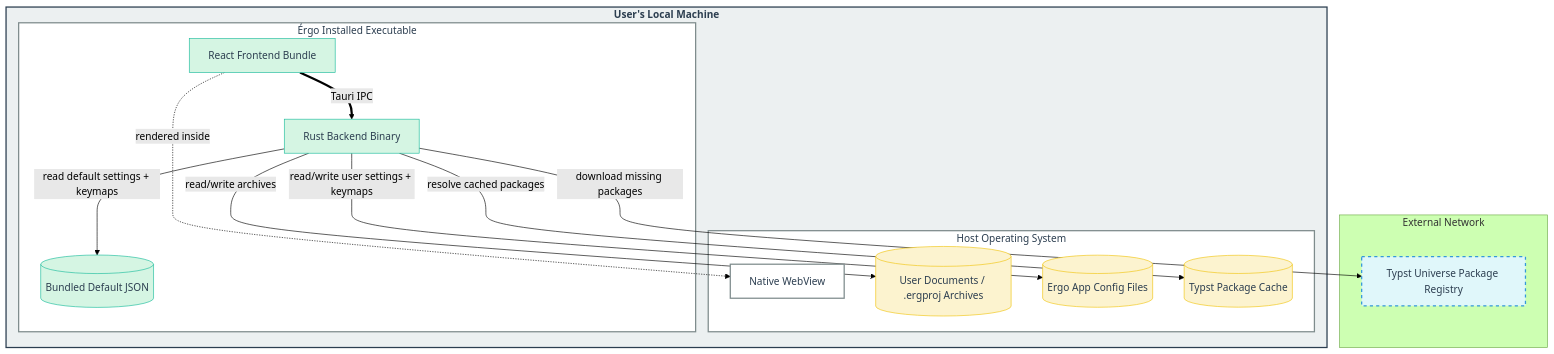
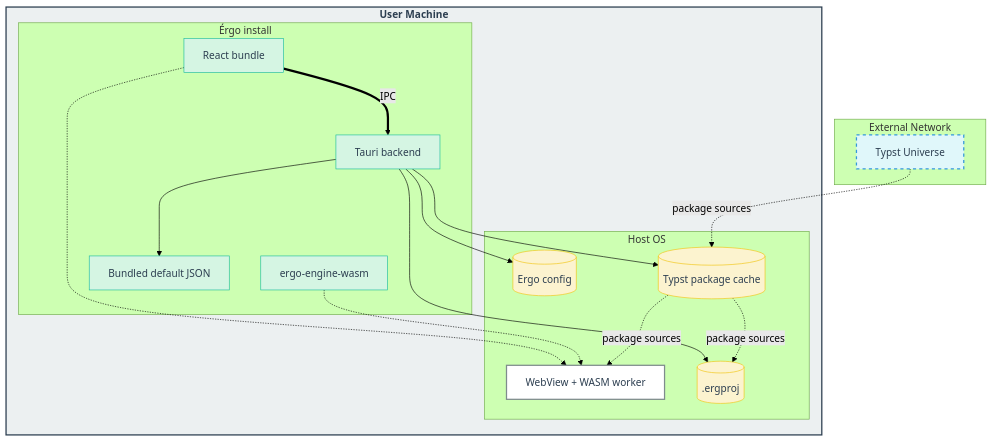
Before and after one commit to andmoreduro/ergo: the diagram in context/distribution-diagram.md, drawn with Mermaid (forest theme). The commit also changed other lines of this file and 13 other files, not shown here.

````diff
--- a/context/distribution-diagram.md
+++ b/context/distribution-diagram.md
@@ -9,38 +9,41 @@
 ```mermaid
 flowchart TB
     classDef cloud fill:#e0f7fa,stroke:#3498db,stroke-width:2px,stroke-dasharray:5 5,color:#2c3e50;
     classDef machine fill:#ecf0f1,stroke:#2c3e50,stroke-width:2px,font-weight:bold,color:#2c3e50;
     classDef os fill:#ffffff,stroke:#7f8c8d,stroke-width:2px,color:#2c3e50;
     classDef artifact fill:#d5f5e3,stroke:#1abc9c,stroke-width:1px,color:#2c3e50;
     classDef db fill:#fcf3cf,stroke:#f1c40f,stroke-width:1px,color:#2c3e50;
 
     subgraph Internet ["External Network"]
-        Registry["Typst Universe Package Registry"]:::cloud
+        Registry["Typst Universe"]:::cloud
     end
 
-    subgraph LocalMachine ["User's Local Machine"]
-        subgraph OS ["Host Operating System"]
-            WebView["Native WebView"]:::os
-            UserDocs[("User Documents / .ergproj Archives")]:::db
-            AppConfig[("Ergo App Config Files")]:::db
-            TypstCache[("Typst Package Cache")]:::db
+    subgraph LocalMachine ["User Machine"]
+        subgraph OS ["Host OS"]
+            WebView["WebView + WASM worker"]:::os
+            UserDocs[(".ergproj")]:::db
+            AppConfig[("Ergo config")]:::db
+            TypstCache[("Typst package cache")]:::db
         end
 
-        subgraph App ["Érgo Installed Executable"]
-            Frontend["React Frontend Bundle"]:::artifact
-            Backend["Rust Backend Binary"]:::artifact
-            DefaultConfig[("Bundled Default JSON")]:::artifact
+        subgraph App ["Érgo install"]
+            FrontendBundle["React bundle"]:::artifact
+            BackendBinary["Tauri backend"]:::artifact
+            WasmModule["ergo-engine-wasm"]:::artifact
+            Defaults["Bundled default JSON"]:::artifact
         end
     end
 
-    Frontend -. "rendered inside" .-> WebView
-    Frontend == "Tauri IPC" ==> Backend
-    Backend -- "read/write archives" --> UserDocs
-    Backend -- "read/write user settings + keymaps" --> AppConfig
-    Backend -- "read default settings + keymaps" --> DefaultConfig
-    Backend -- "resolve cached packages" --> TypstCache
-    Backend -- "download missing packages" --> Registry
+    FrontendBundle -.-> WebView
+    WasmModule -.-> WebView
+    FrontendBundle == IPC ==> BackendBinary
+    BackendBinary --> UserDocs
+    BackendBinary --> AppConfig
+    BackendBinary --> Defaults
+    BackendBinary --> TypstCache
+    TypstCache -. package sources .-> WebView
+    TypstCache -. package sources .-> UserDocs
+    Registry -. package sources .-> TypstCache
 
     class LocalMachine machine
-    class OS,App os
 ```
````
